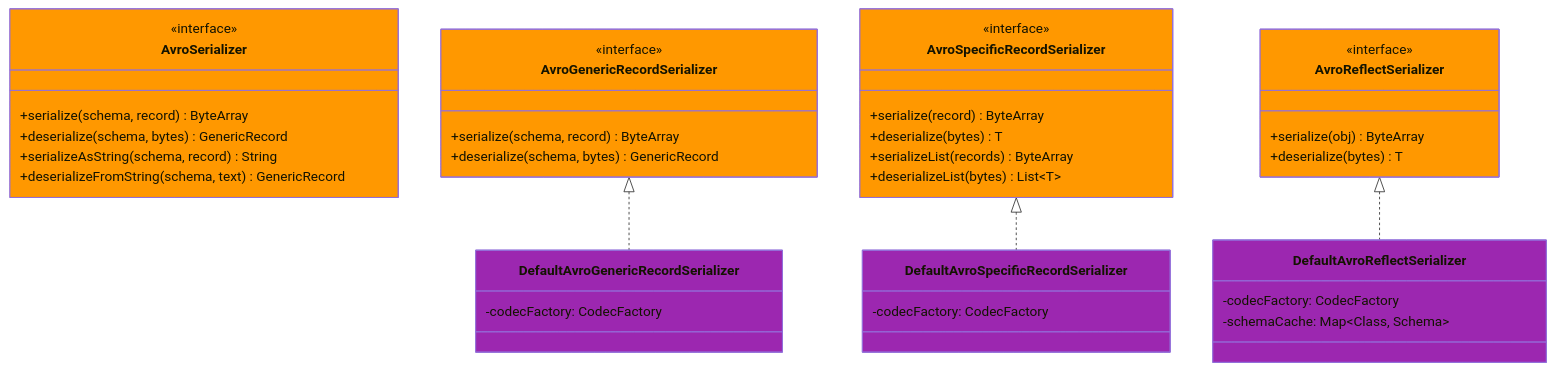
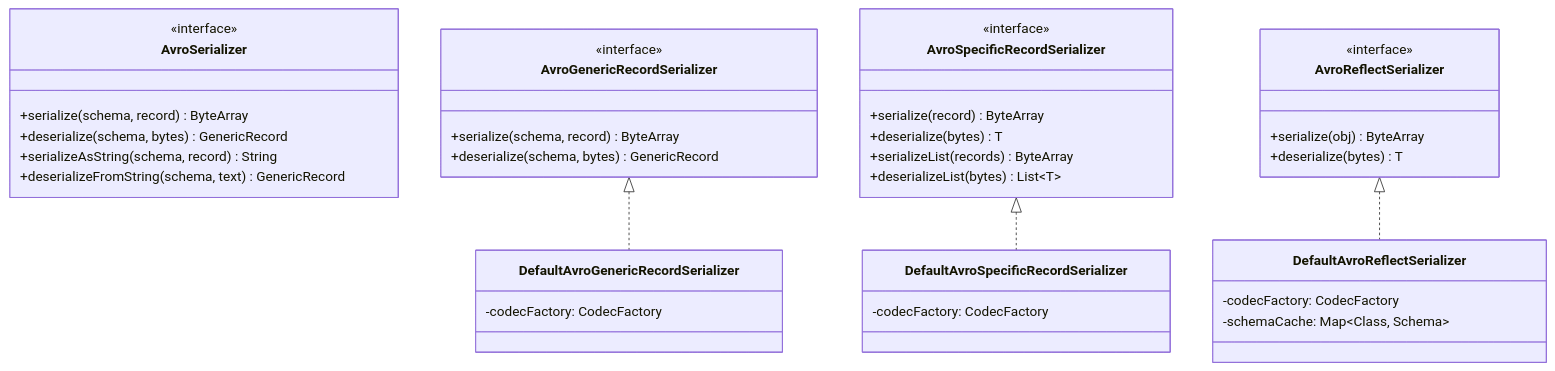
Before and after one commit to bluetape4k/bluetape4k-projects: the first of 3 diagrams in io/avro/README.md, drawn with Mermaid. The commit also changed 95 other files, not shown here.

First line of the commit message:
docs: Mermaid 파서 오류 전체 수정 (IntelliJ IDEA 호환)

````diff
--- a/io/avro/README.md
+++ b/io/avro/README.md
@@ -122,50 +122,48 @@
 ```mermaid
 classDiagram
-    class AvroSerializer:::codecStyle {
+    class AvroSerializer {
         <<interface>>
         +serialize(schema, record) ByteArray
         +deserialize(schema, bytes) GenericRecord
         +serializeAsString(schema, record) String
         +deserializeFromString(schema, text) GenericRecord
     }
 
-    class AvroGenericRecordSerializer:::codecStyle {
+    class AvroGenericRecordSerializer {
         <<interface>>
         +serialize(schema, record) ByteArray
         +deserialize(schema, bytes) GenericRecord
     }
 
-    class AvroSpecificRecordSerializer:::codecStyle {
+    class AvroSpecificRecordSerializer {
         <<interface>>
         +serialize(record) ByteArray
         +deserialize(bytes) T
         +serializeList(records) ByteArray
         +deserializeList(bytes) List~T~
     }
 
-    class AvroReflectSerializer:::codecStyle {
+    class AvroReflectSerializer {
         <<interface>>
         +serialize(obj) ByteArray
         +deserialize(bytes) T
     }
 
-    class DefaultAvroGenericRecordSerializer:::protoStyle {
+    class DefaultAvroGenericRecordSerializer {
         -codecFactory: CodecFactory
     }
 
-    class DefaultAvroSpecificRecordSerializer:::protoStyle {
+    class DefaultAvroSpecificRecordSerializer {
         -codecFactory: CodecFactory
     }
 
-    class DefaultAvroReflectSerializer:::protoStyle {
+    class DefaultAvroReflectSerializer {
         -codecFactory: CodecFactory
         -schemaCache: Map~Class, Schema~
     }
 
     AvroGenericRecordSerializer <|.. DefaultAvroGenericRecordSerializer
     AvroSpecificRecordSerializer <|.. DefaultAvroSpecificRecordSerializer
     AvroReflectSerializer <|.. DefaultAvroReflectSerializer
 
-    classDef codecStyle  fill:#FF9800
-    classDef protoStyle  fill:#9C27B0
 ```
````
